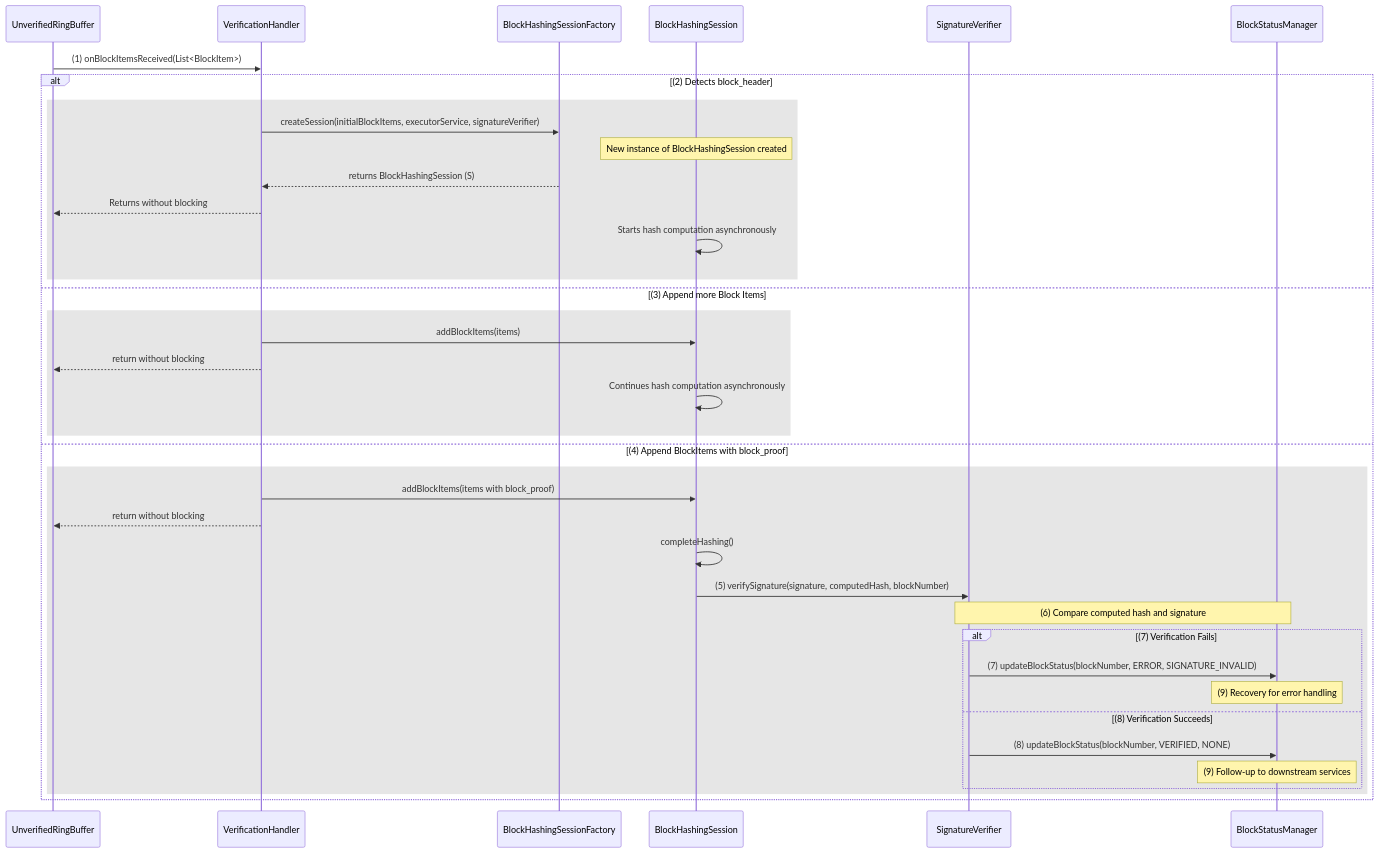
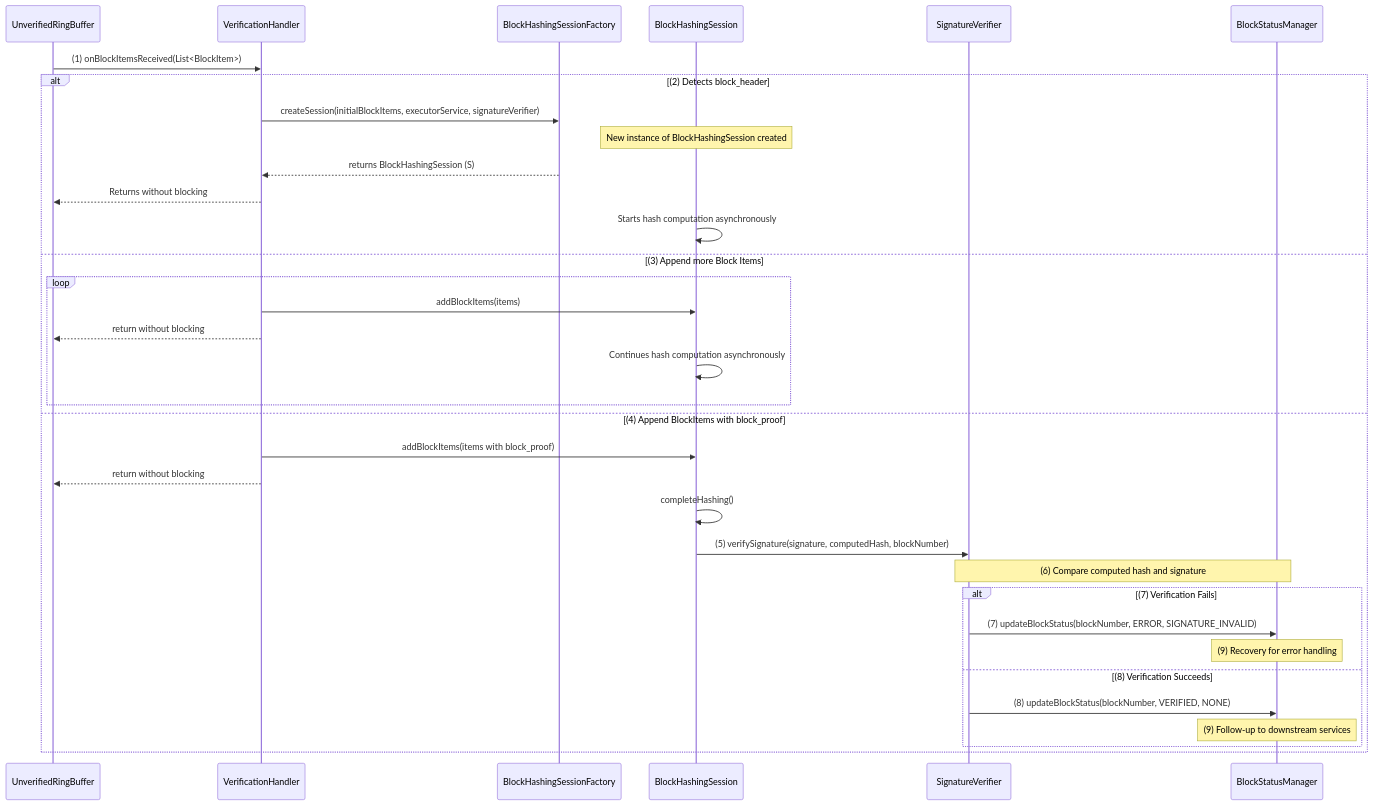
The diagram in server/docs/design/block-verification.md (hashgraph/hedera-block-node), drawn with Mermaid before and after one commit.

Commit message:
further simplification and cleaning of diagram

````diff
--- a/server/docs/design/block-verification.md
+++ b/server/docs/design/block-verification.md
@@ -69,46 +69,51 @@
 ```mermaid
 sequenceDiagram
+    participant U as UnverifiedRingBuffer
+    participant V as VerificationHandler
+    participant F as BlockHashingSessionFactory
+    participant S as BlockHashingSession
+    participant SV as SignaturesequenceDiagram
     participant U as UnverifiedRingBuffer
     participant V as VerificationHandler
     participant F as BlockHashingSessionFactory
     participant S as BlockHashingSession
     participant SV as SignatureVerifier
     participant BSM as BlockStatusManager
 
         
     U->>V: (1) onBlockItemsReceived(List<BlockItem>)        
     
     alt (2) Detects block_header
-    rect rgb(230, 230, 230)
+    
     V->>F: createSession(initialBlockItems, executorService, signatureVerifier)
     Note over S: New instance of BlockHashingSession created
     F-->>V: returns BlockHashingSession (S)
     V-->>U: Returns without blocking
     S->>S: Starts hash computation asynchronously
-    end
+    
     else (3) Append more Block Items
-    rect rgb(230, 230, 230)
+    loop
     V->>S: addBlockItems(items)
     V-->>U: return without blocking
     S->>S: Continues hash computation asynchronously
     end
 
     else (4) Append BlockItems with block_proof
-    rect rgb(230, 230, 230)
+   
     V->>S: addBlockItems(items with block_proof)
     V-->>U: return without blocking    
     S->>S: completeHashing()   
 
     S->>SV: (5) verifySignature(signature, computedHash, blockNumber)    
 
     Note over SV,BSM: (6) Compare computed hash and signature
     alt (7) Verification Fails
       SV->>BSM: (7) updateBlockStatus(blockNumber, ERROR, SIGNATURE_INVALID)
       Note over BSM: (9) Recovery for error handling
     else (8) Verification Succeeds
       SV->>BSM: (8) updateBlockStatus(blockNumber, VERIFIED, NONE)
       Note over BSM: (9) Follow-up to downstream services
     end
     end
-    end
+
 ```
````
